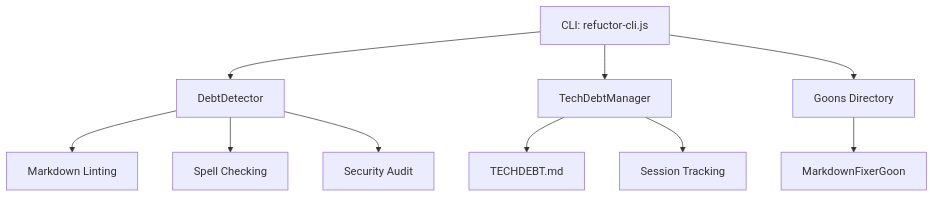
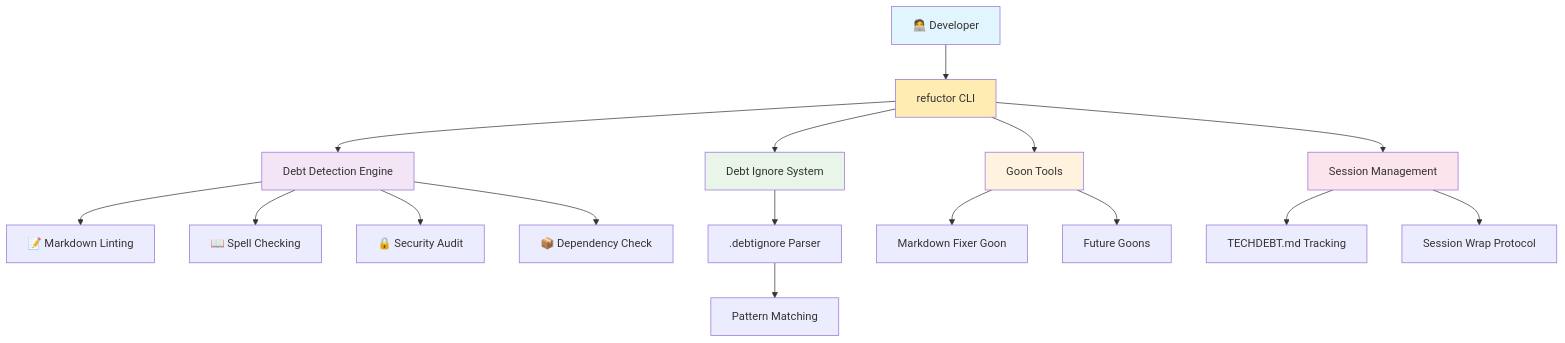
The first of 13 diagrams in REFUCTOR_MYTHOS.md (Jason-Vaughan/refuctor), drawn with Mermaid before and after one commit. The commit also changed other lines of this file and 11 other files, not shown here.

Commit message:
Visual documentation complete: Mermaid diagrams + debt ignore system

````diff
--- a/REFUCTOR_MYTHOS.md
+++ b/REFUCTOR_MYTHOS.md
@@ -186,15 +15,29 @@
 ```mermaid
-graph TD
-    A[CLI: refuctor-cli.js] --> B[DebtDetector]
-    A --> C[TechDebtManager]
-    A --> D[Goons Directory]
+graph TB
+    A["🧑‍💻 Developer"] --> B["refuctor CLI"]
+    B --> C["Debt Detection Engine"]
+    B --> D["Debt Ignore System"]
+    B --> E["Goon Tools"]
+    B --> F["Session Management"]
     
-    B --> E[Markdown Linting]
-    B --> F[Spell Checking]
-    B --> G[Security Audit]
+    C --> G["📝 Markdown Linting"]
+    C --> H["📖 Spell Checking"]
+    C --> I["🔒 Security Audit"]
+    C --> J["📦 Dependency Check"]
     
-    D --> H[MarkdownFixerGoon]
+    D --> K[".debtignore Parser"]
+    K --> L["Pattern Matching"]
     
-    C --> I[TECHDEBT.md]
-    C --> J[Session Tracking]
+    E --> M["Markdown Fixer Goon"]
+    E --> N["Future Goons"]
+    
+    F --> O["TECHDEBT.md Tracking"]
+    F --> P["Session Wrap Protocol"]
+    
+    style A fill:#e1f5fe
+    style B fill:#ffecb3
+    style C fill:#f3e5f5
+    style D fill:#e8f5e8
+    style E fill:#fff3e0
+    style F fill:#fce4ec
 ```
````
